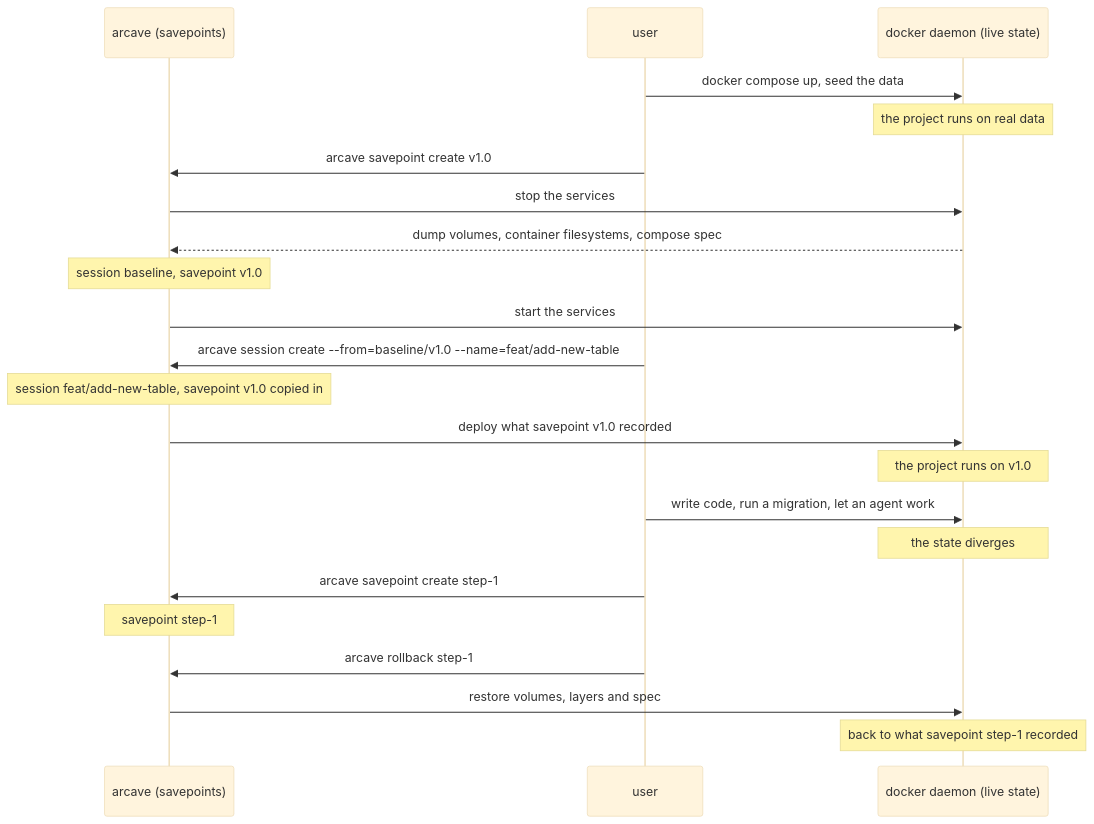
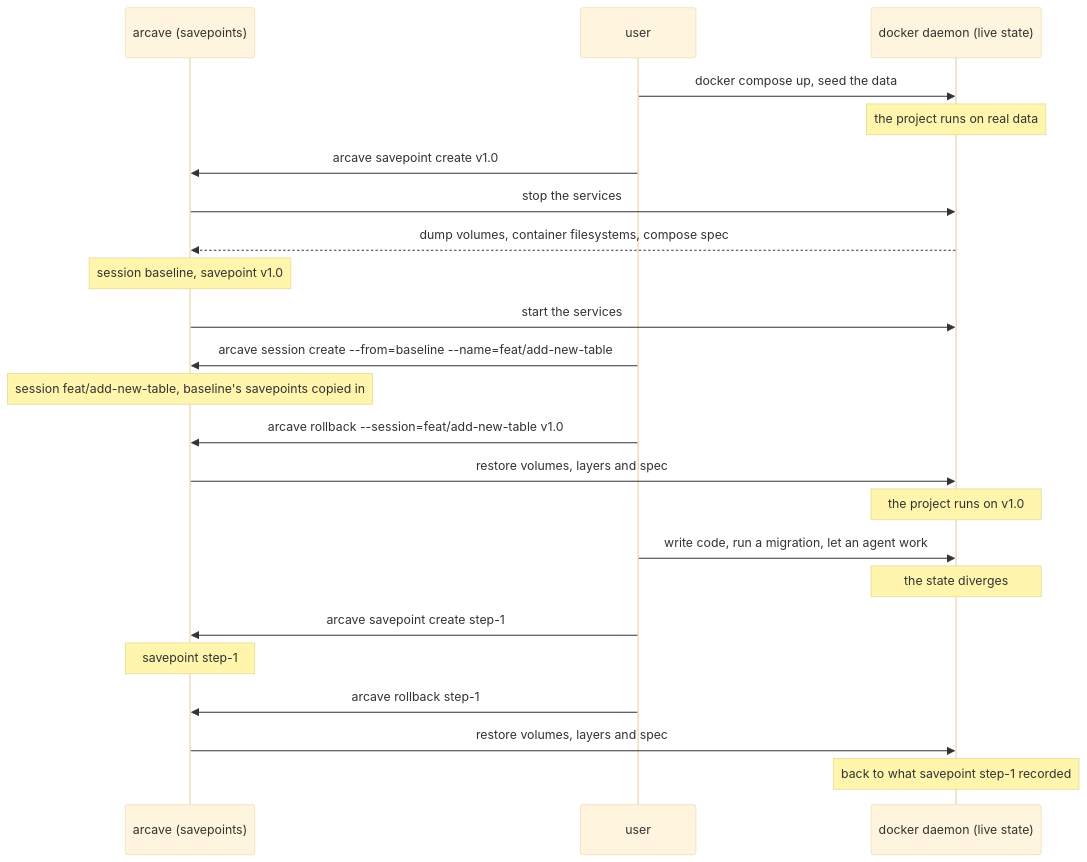
One commit to GreenmaskIO/arcave changed the diagram in docs/how_it_works.md. Above: the diagram before and after it, drawn with Mermaid (base theme). The commit also changed other lines of this file and 48 other files, not shown here.

First line of the commit message:
feat(session): fork a session with `arcave session create --from`

````diff
--- a/docs/how_it_works.md
+++ b/docs/how_it_works.md
@@ -15,29 +15,30 @@
 ```mermaid
 sequenceDiagram
     participant S as arcave (savepoints)
     participant U as user
     participant D as docker daemon (live state)
 
     U->>D: docker compose up, seed the data
     Note over D: the project runs on real data
 
     U->>S: arcave savepoint create v1.0
     S->>D: stop the services
     D-->>S: dump volumes, container filesystems, compose spec
     Note over S: session baseline, savepoint v1.0
     S->>D: start the services
 
-    U->>S: arcave session create --from=baseline/v1.0 --name=feat/add-new-table
-    Note over S: session feat/add-new-table, savepoint v1.0 copied in
-    S->>D: deploy what savepoint v1.0 recorded
+    U->>S: arcave session create --from=baseline --name=feat/add-new-table
+    Note over S: session feat/add-new-table, baseline's savepoints copied in
+    U->>S: arcave rollback --session=feat/add-new-table v1.0
+    S->>D: restore volumes, layers and spec
     Note over D: the project runs on v1.0
 
     U->>D: write code, run a migration, let an agent work
     Note over D: the state diverges
     U->>S: arcave savepoint create step-1
     Note over S: savepoint step-1
 
     U->>S: arcave rollback step-1
     S->>D: restore volumes, layers and spec
     Note over D: back to what savepoint step-1 recorded
 ```
````
